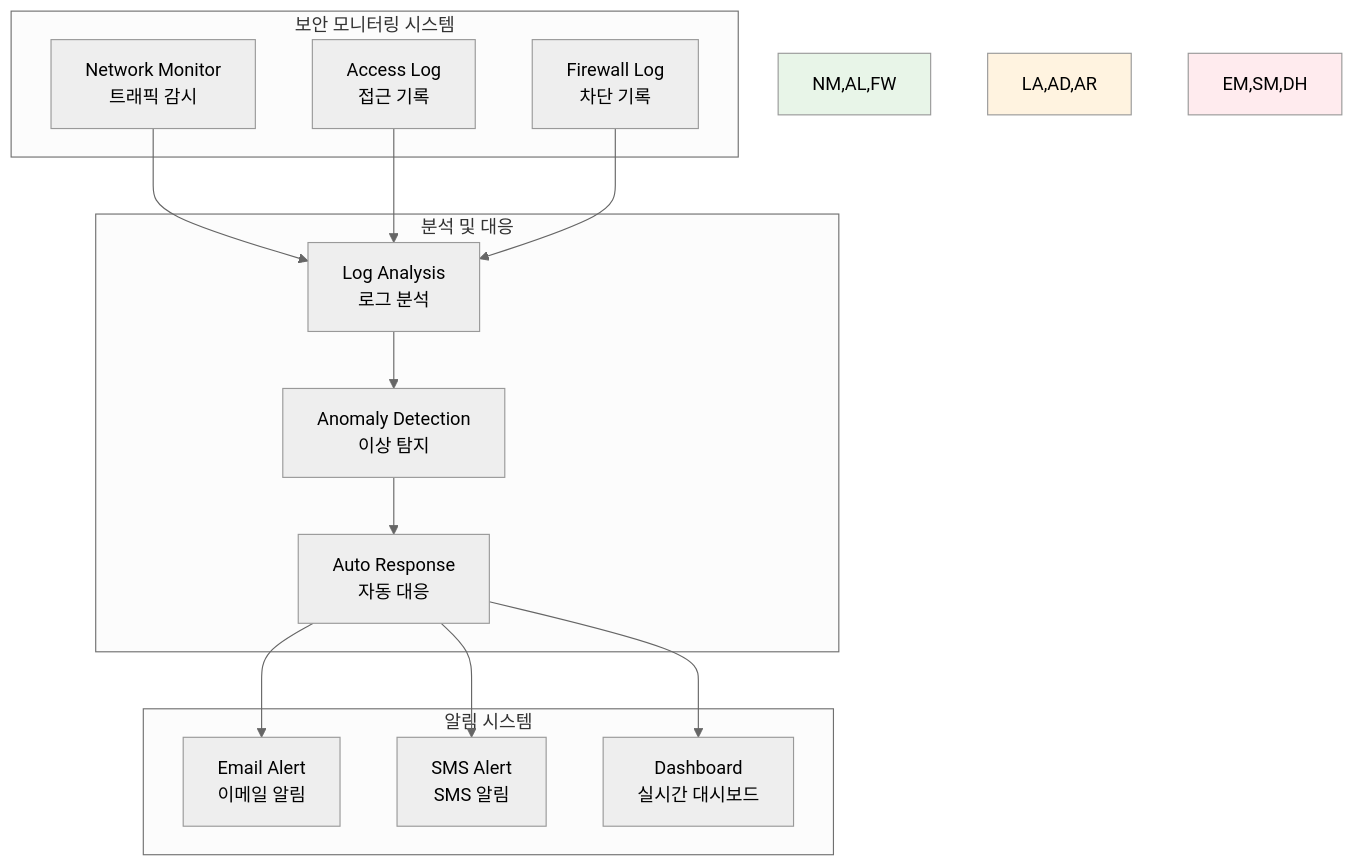
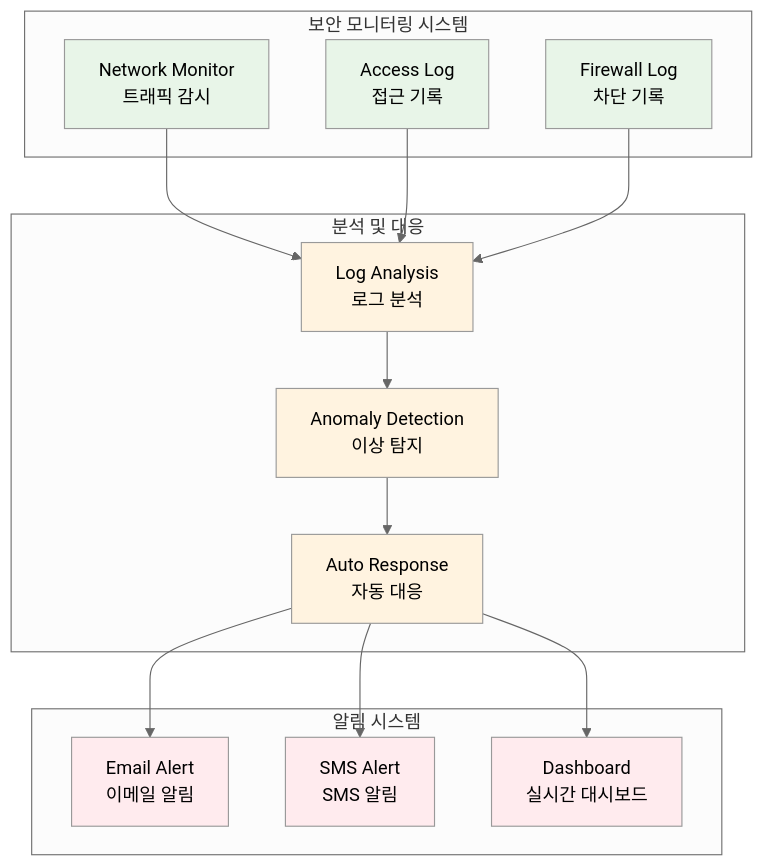
Before and after one commit to niceguy61/kdt_devops_lecture_2025: the fourth of 5 diagrams in theory/week_02/day1/session_3.md, drawn with Mermaid (neutral theme). The commit also changed other lines of this file, not shown here.

Commit message:
mermaid 수정

````diff
--- a/theory/week_02/day1/session_3.md
+++ b/theory/week_02/day1/session_3.md
@@ -205,35 +205,41 @@
 ```mermaid
 graph TB
     subgraph "보안 모니터링 시스템"
         NM[Network Monitor<br/>트래픽 감시]
         AL[Access Log<br/>접근 기록]
         FW[Firewall Log<br/>차단 기록]
     end
     
     subgraph "분석 및 대응"
         LA[Log Analysis<br/>로그 분석]
         AD[Anomaly Detection<br/>이상 탐지]
         AR[Auto Response<br/>자동 대응]
     end
     
     subgraph "알림 시스템"
         EM[Email Alert<br/>이메일 알림]
         SM[SMS Alert<br/>SMS 알림]
         DH[Dashboard<br/>실시간 대시보드]
     end
     
     NM --> LA
     AL --> LA
     FW --> LA
     
     LA --> AD
     AD --> AR
     
     AR --> EM
     AR --> SM
     AR --> DH
     
-    style NM,AL,FW fill:#e8f5e8
-    style LA,AD,AR fill:#fff3e0
-    style EM,SM,DH fill:#ffebee
+    style NM fill:#e8f5e8
+    style AL fill:#e8f5e8
+    style FW fill:#e8f5e8
+    style LA fill:#fff3e0
+    style AD fill:#fff3e0
+    style AR fill:#fff3e0
+    style EM fill:#ffebee
+    style SM fill:#ffebee
+    style DH fill:#ffebee
 ```
````
